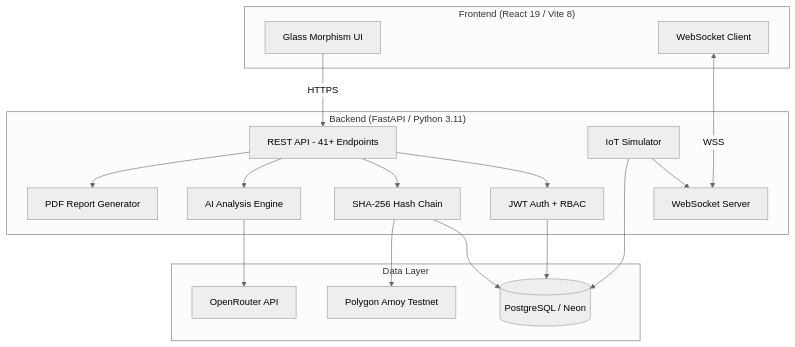
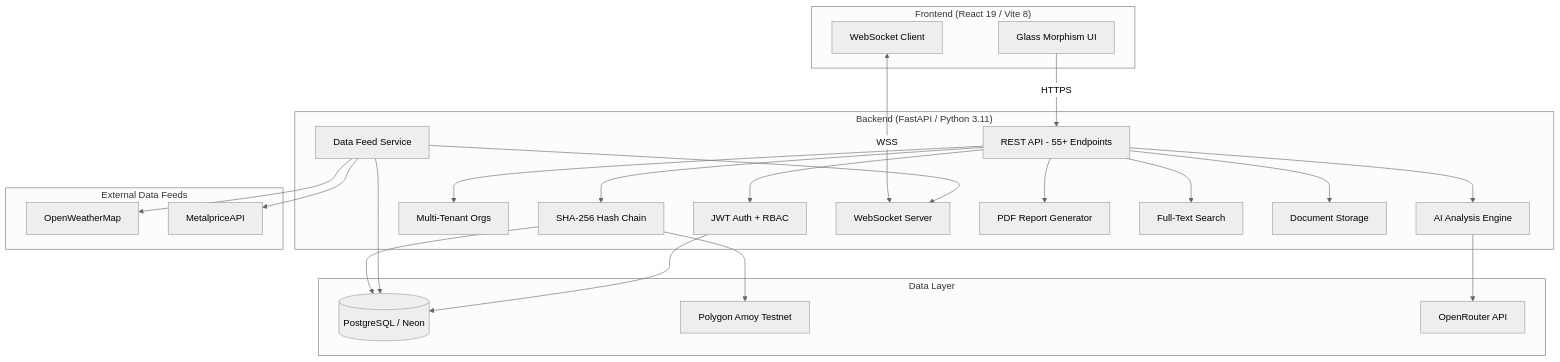
One commit to infratracer/infratrace changed the first of 19 diagrams in README.md. Above: the diagram before and after it, drawn with Mermaid (neutral theme). The commit also changed other lines of this file, not shown here.

First line of the commit message:
docs: update README for multi-tenant orgs, onboarding, sensors, documents, search

````diff
--- a/README.md
+++ b/README.md
@@ -25,36 +25,49 @@
 ```mermaid
 graph TB
     subgraph Frontend["Frontend (React 19 / Vite 8)"]
         UI[Glass Morphism UI]
         WS_CLIENT[WebSocket Client]
     end
 
     subgraph Backend["Backend (FastAPI / Python 3.11)"]
-        API[REST API - 41+ Endpoints]
+        API[REST API - 55+ Endpoints]
         AUTH[JWT Auth + RBAC]
+        ORG[Multi-Tenant Orgs]
         HASH[SHA-256 Hash Chain]
         AI_SVC[AI Analysis Engine]
-        IOT[IoT Simulator]
+        FEEDS[Data Feed Service]
         WS_SERVER[WebSocket Server]
         PDF[PDF Report Generator]
+        SEARCH[Full-Text Search]
+        DOCS[Document Storage]
     end
 
     subgraph Storage["Data Layer"]
         PG[(PostgreSQL / Neon)]
         BC[Polygon Amoy Testnet]
         OR[OpenRouter API]
     end
 
+    subgraph External["External Data Feeds"]
+        OWM[OpenWeatherMap]
+        METAL[MetalpriceAPI]
+    end
+
     UI -->|HTTPS| API
     WS_CLIENT <-->|WSS| WS_SERVER
     API --> AUTH
+    API --> ORG
     API --> HASH
     API --> AI_SVC
     API --> PDF
-    IOT --> WS_SERVER
+    API --> SEARCH
+    API --> DOCS
+    FEEDS --> WS_SERVER
+    FEEDS --> OWM
+    FEEDS --> METAL
     HASH --> PG
     AI_SVC --> OR
     HASH --> BC
-    IOT --> PG
+    FEEDS --> PG
     AUTH --> PG
 ```
````
